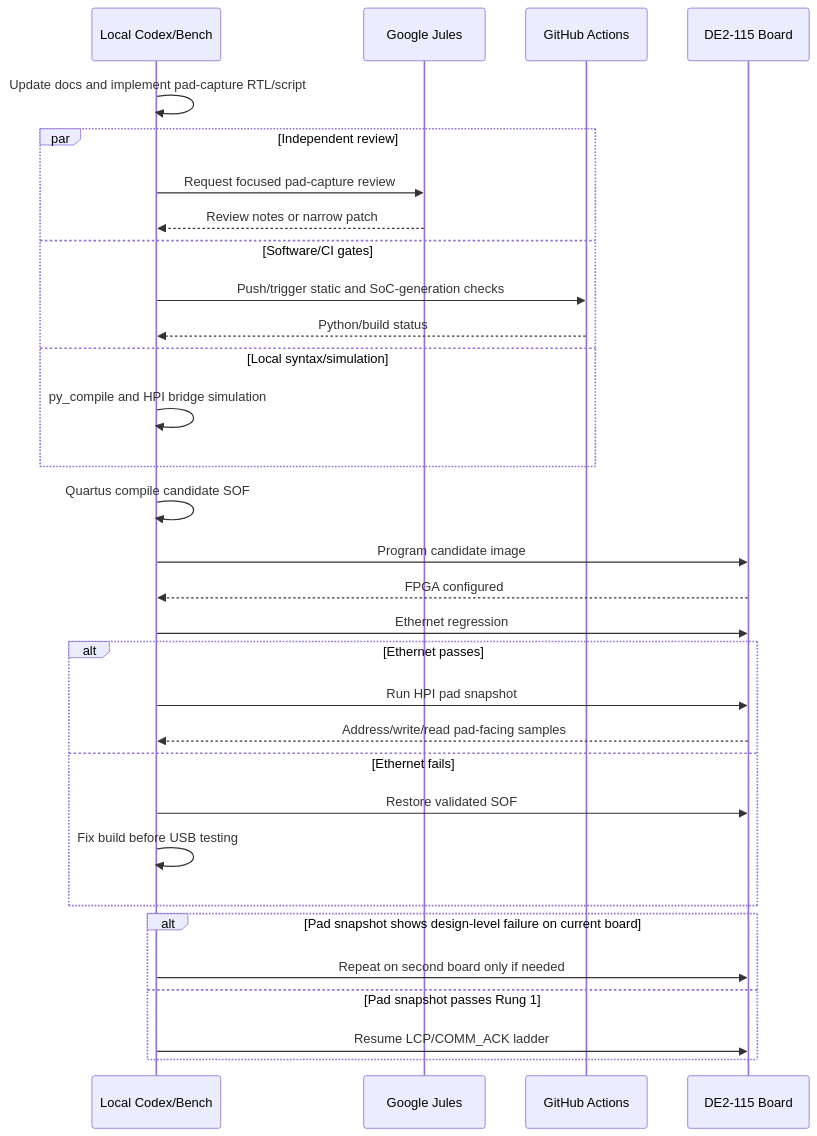
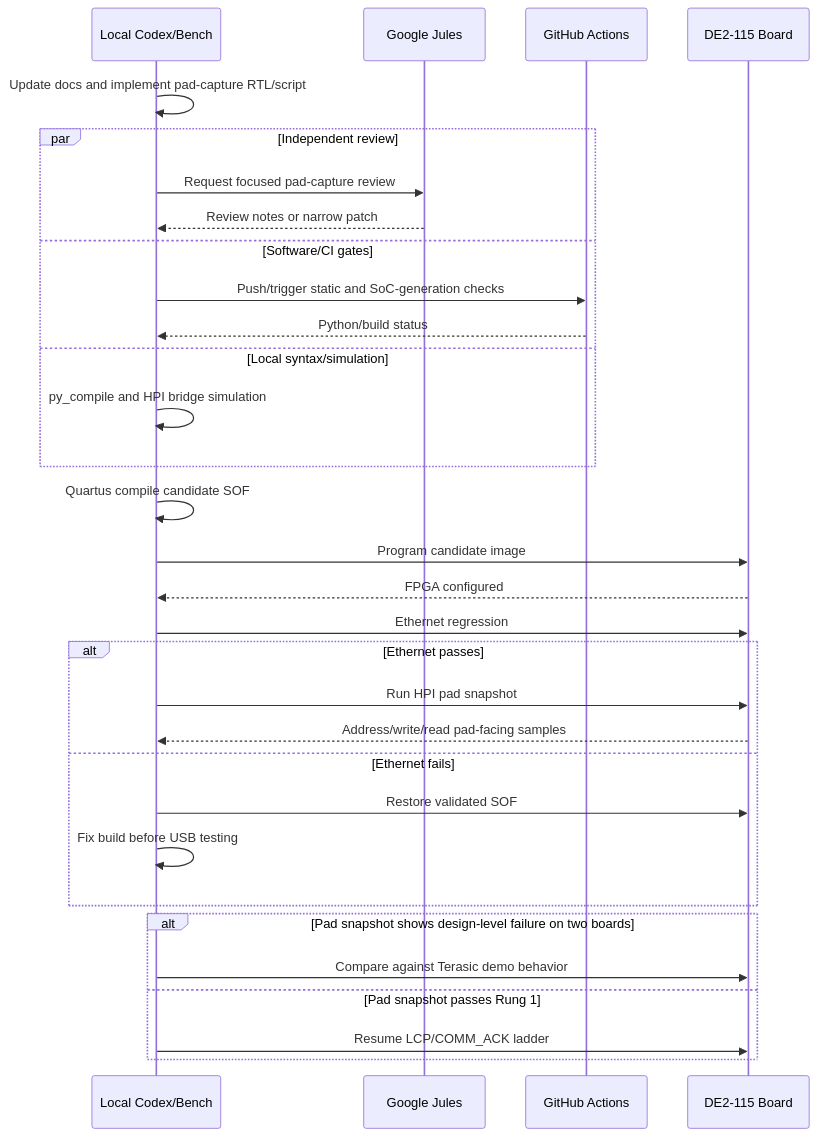
The second of 2 diagrams in ORCHESTRATION_PLAN.md (SemperSupra/DE2-115), drawn with Mermaid before and after one commit. The commit also changed other lines of this file and 5 other files, not shown here.

````diff
--- a/ORCHESTRATION_PLAN.md
+++ b/ORCHESTRATION_PLAN.md
@@ -60,34 +62,34 @@
 ```mermaid
 sequenceDiagram
     participant Local as Local Codex/Bench
     participant Jules as Google Jules
     participant CI as GitHub Actions
     participant Board as DE2-115 Board
 
     Local->>Local: Update docs and implement pad-capture RTL/script
     par Independent review
         Local->>Jules: Request focused pad-capture review
         Jules-->>Local: Review notes or narrow patch
     and Software/CI gates
         Local->>CI: Push/trigger static and SoC-generation checks
         CI-->>Local: Python/build status
     and Local syntax/simulation
         Local->>Local: py_compile and HPI bridge simulation
     end
     Local->>Local: Quartus compile candidate SOF
     Local->>Board: Program candidate image
     Board-->>Local: FPGA configured
     Local->>Board: Ethernet regression
     alt Ethernet passes
         Local->>Board: Run HPI pad snapshot
         Board-->>Local: Address/write/read pad-facing samples
     else Ethernet fails
         Local->>Board: Restore validated SOF
         Local->>Local: Fix build before USB testing
     end
-    alt Pad snapshot shows design-level failure on current board
-        Local->>Board: Repeat on second board only if needed
+    alt Pad snapshot shows design-level failure on two boards
+        Local->>Board: Compare against Terasic demo behavior
     else Pad snapshot passes Rung 1
         Local->>Board: Resume LCP/COMM_ACK ladder
     end
 ```
````
